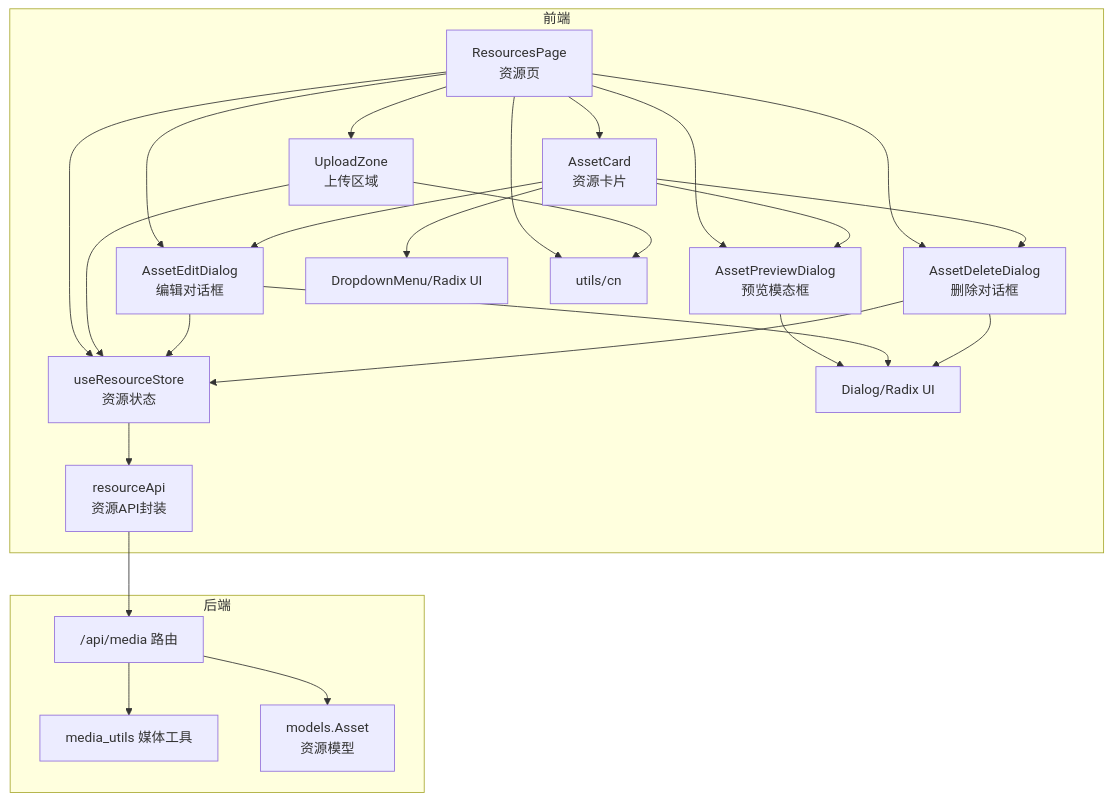
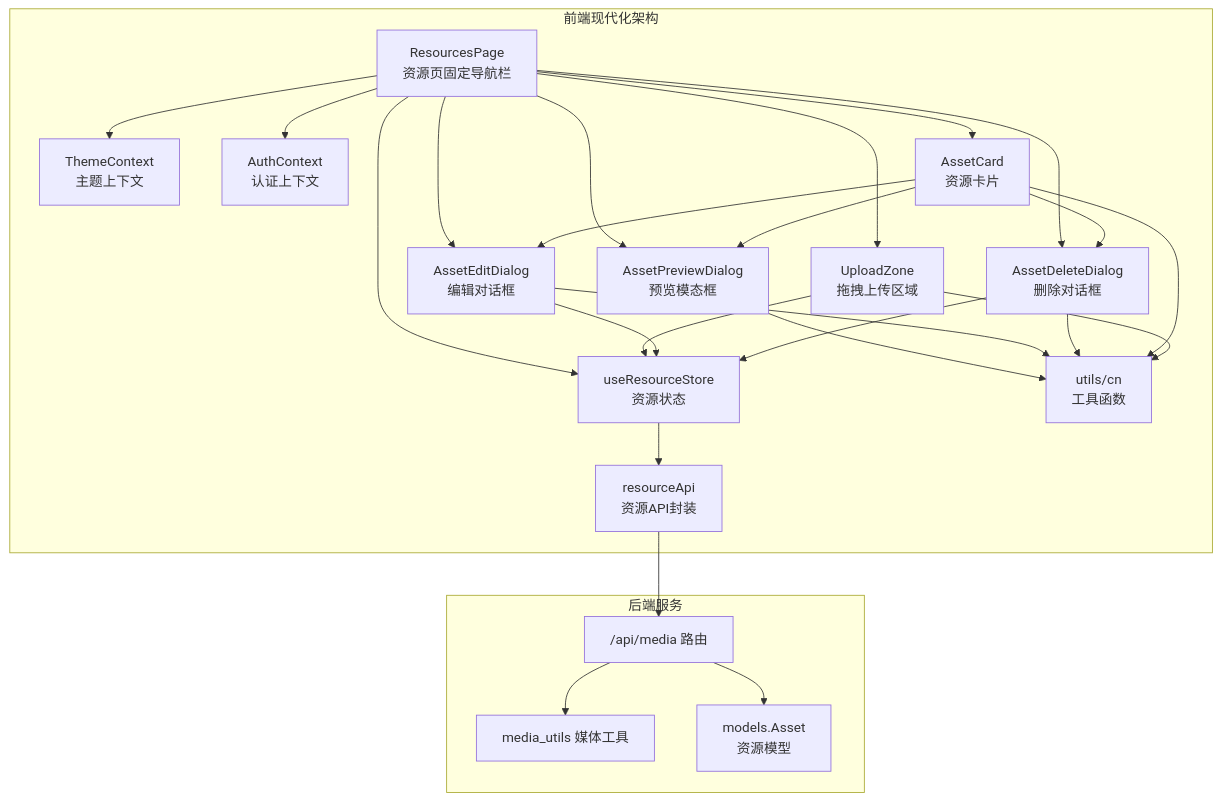
The first of 12 diagrams in .qoder/repowiki/zh/content/系统架构/前端架构/组件架构/资源管理组件.md (KunLabAI/KunFlix), drawn with Mermaid before and after one commit. The commit also changed other lines of this file and 88 other files, not shown here.

````diff
--- a/.qoder/repowiki/zh/content/系统架构/前端架构/组件架构/资源管理组件.md
+++ b/.qoder/repowiki/zh/content/系统架构/前端架构/组件架构/资源管理组件.md
@@ -45,43 +59,44 @@
 ```mermaid
 graph TB
-subgraph "前端"
-Page["ResourcesPage<br/>资源页"]
+subgraph "前端现代化架构"
+Page["ResourcesPage<br/>资源页固定导航栏"]
+Theme["ThemeContext<br/>主题上下文"]
+Auth["AuthContext<br/>认证上下文"]
 Card["AssetCard<br/>资源卡片"]
-Upload["UploadZone<br/>上传区域"]
+Upload["UploadZone<br/>拖拽上传区域"]
 Preview["AssetPreviewDialog<br/>预览模态框"]
 EditDlg["AssetEditDialog<br/>编辑对话框"]
 DeleteDlg["AssetDeleteDialog<br/>删除对话框"]
 Store["useResourceStore<br/>资源状态"]
 API["resourceApi<br/>资源API封装"]
-Dialog["Dialog/Radix UI"]
-DropMenu["DropdownMenu/Radix UI"]
-Utils["utils/cn"]
+Utils["utils/cn<br/>工具函数"]
 end
-subgraph "后端"
+subgraph "后端服务"
 Router["/api/media 路由"]
 MediaSvc["media_utils 媒体工具"]
 Model["models.Asset<br/>资源模型"]
 end
+Page --> Theme
+Page --> Auth
 Page --> Card
 Page --> Upload
 Page --> Preview
 Page --> EditDlg
 Page --> DeleteDlg
 Page --> Store
 Card --> Preview
 Card --> EditDlg
 Card --> DeleteDlg
 Upload --> Store
 EditDlg --> Store
 DeleteDlg --> Store
 Store --> API
 API --> Router
 Router --> MediaSvc
 Router --> Model
-Preview --> Dialog
-EditDlg --> Dialog
-DeleteDlg --> Dialog
-Card --> DropMenu
-Page --> Utils
+Preview --> Utils
+EditDlg --> Utils
+DeleteDlg --> Utils
+Card --> Utils
 Upload --> Utils
 ```
````
